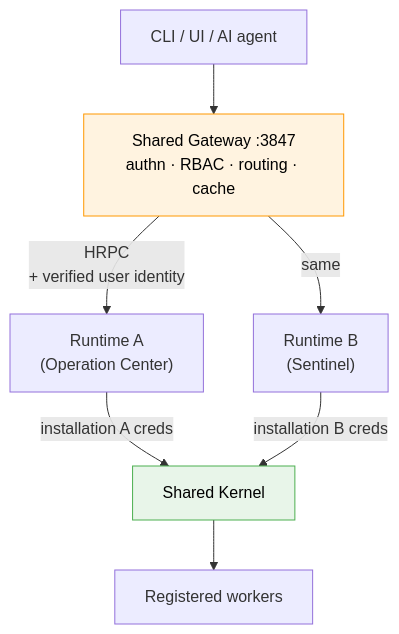
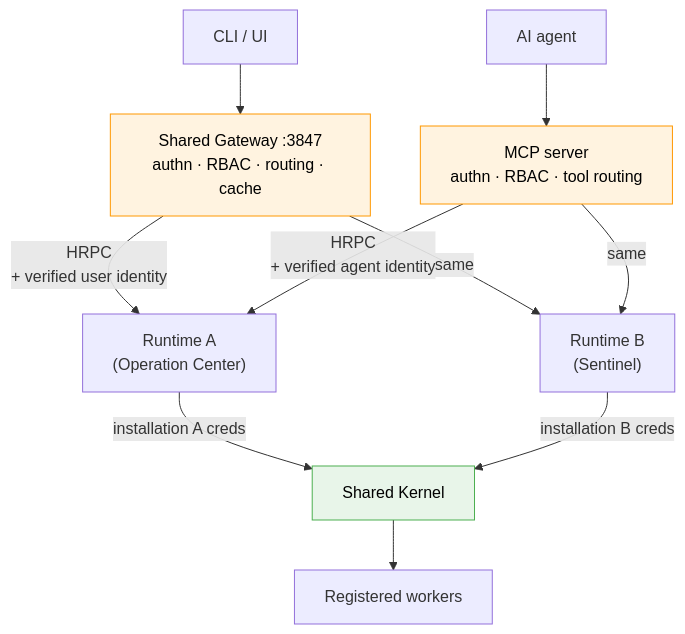
Before and after one commit to ankit-tether/mdk-be: the second of 2 diagrams in docs/hld-app-gateway.md, drawn with Mermaid. The commit also changed other lines of this file and 2 other files, not shown here.

First line of the commit message:
Enhance High-Level Design for Gateway and MCP Server Interaction

````diff
--- a/docs/hld-app-gateway.md
+++ b/docs/hld-app-gateway.md
@@ -88,12 +88,16 @@
 ```mermaid
 flowchart TD
-  U["CLI / UI / AI agent"] --> G["Shared Gateway :3847<br/>authn · RBAC · routing · cache"]
+  U["CLI / UI"] --> G["Shared Gateway :3847<br/>authn · RBAC · routing · cache"]
+  AG["AI agent"] --> M["MCP server<br/>authn · RBAC · tool routing"]
   G -->|"HRPC<br/>+ verified user identity"| RA["Runtime A<br/>(Operation Center)"]
   G -->|"same"| RB["Runtime B<br/>(Sentinel)"]
+  M -->|"HRPC<br/>+ verified agent identity"| RA
+  M -->|"same"| RB
   RA -->|"installation A creds"| K["Shared Kernel"]
   RB -->|"installation B creds"| K
   K --> W["Registered workers"]
 
   style G fill:#fff3e0,stroke:#ff9800,color:#000
+  style M fill:#fff3e0,stroke:#ff9800,color:#000
   style K fill:#e8f5e9,stroke:#4caf50,color:#000
 ```
````
